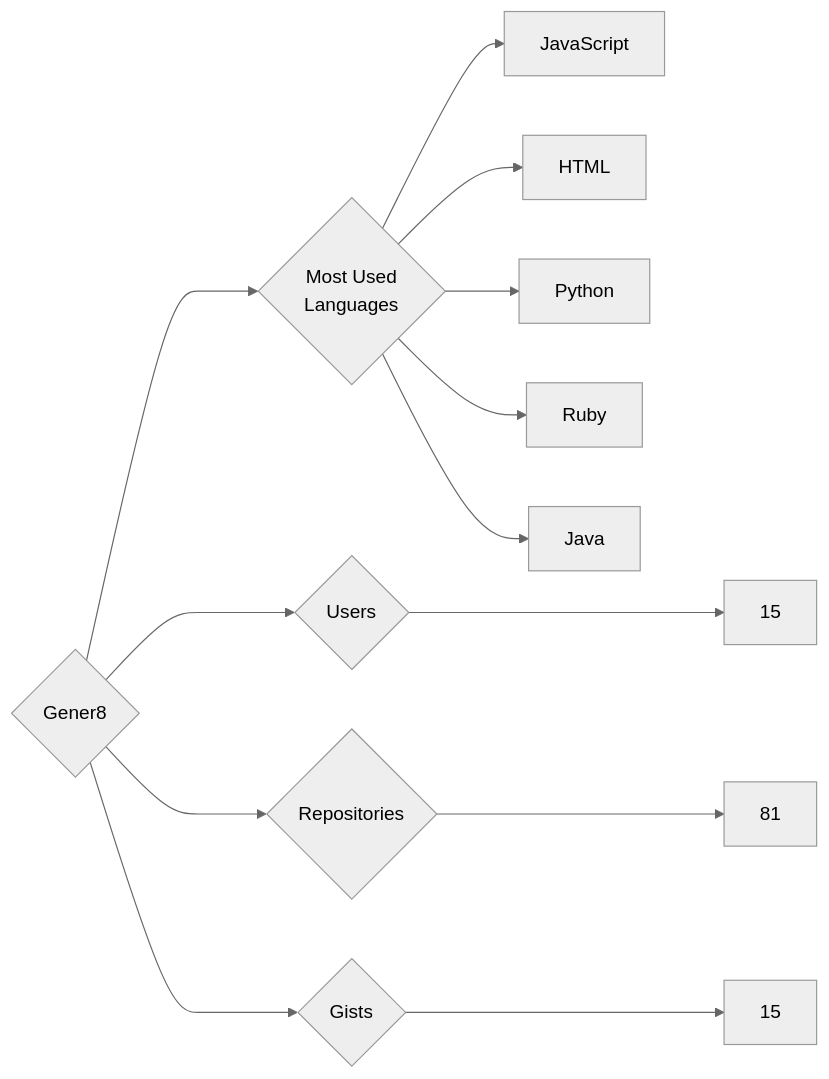
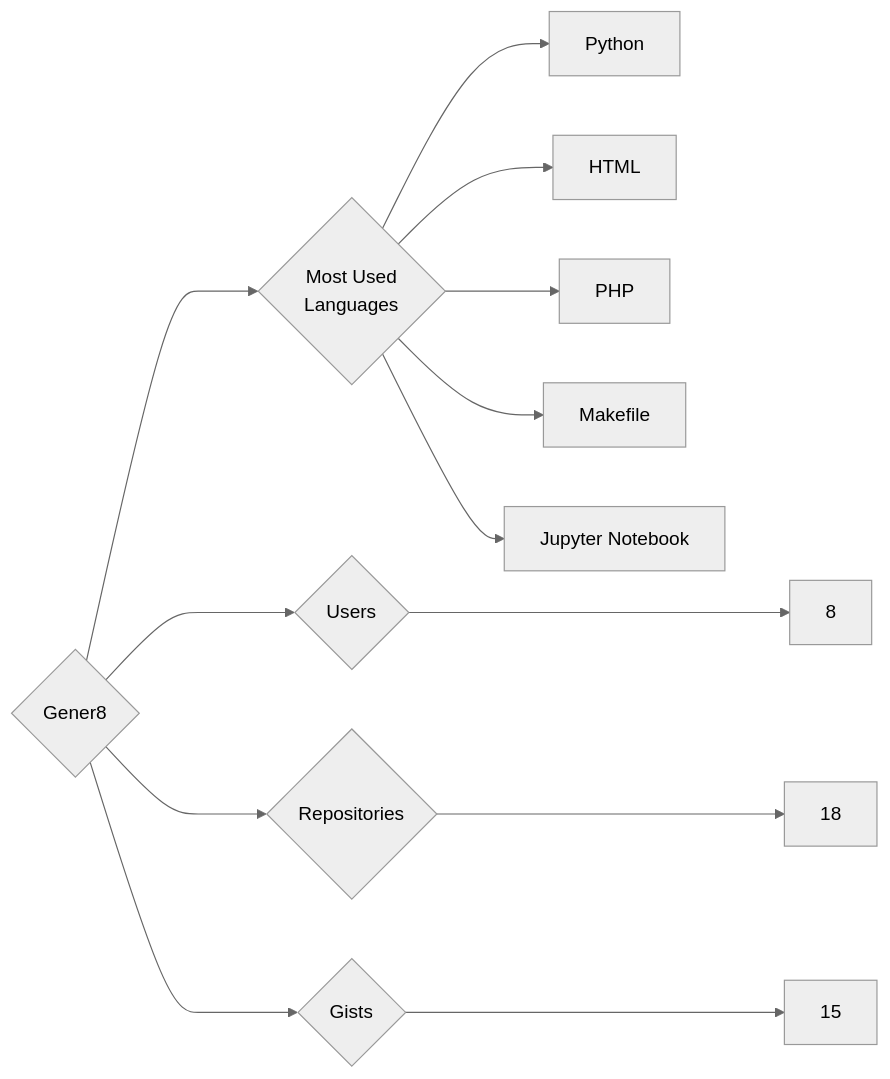
Before and after one commit to trickest/insiders: the diagram in targets/Gener8/README.md, drawn with Mermaid (neutral theme). The commit also changed 809 other files, not shown here.

````diff
--- a/targets/Gener8/README.md
+++ b/targets/Gener8/README.md
@@ -3,13 +3,13 @@
 ```mermaid
 graph LR
 COMPANY_NAME{Gener8}
-COMPANY_NAME ---> U{Users} ---> UN[15]
-COMPANY_NAME ---> R{Repositories} ---> RN[81]
+COMPANY_NAME ---> U{Users} ---> UN[8]
+COMPANY_NAME ---> R{Repositories} ---> RN[18]
 COMPANY_NAME ---> G{Gists} ---> GN[15]
 COMPANY_NAME ---> ML{Most Used<br>Languages}
-ML --> JavaScript[JavaScript]
+ML --> Python[Python]
 ML --> HTML[HTML]
-ML --> Python[Python]
-ML --> Ruby[Ruby]
-ML --> Java[Java]
+ML --> PHP[PHP]
+ML --> Makefile[Makefile]
+ML --> Jupyter_Notebook[Jupyter Notebook]
 ```
````
